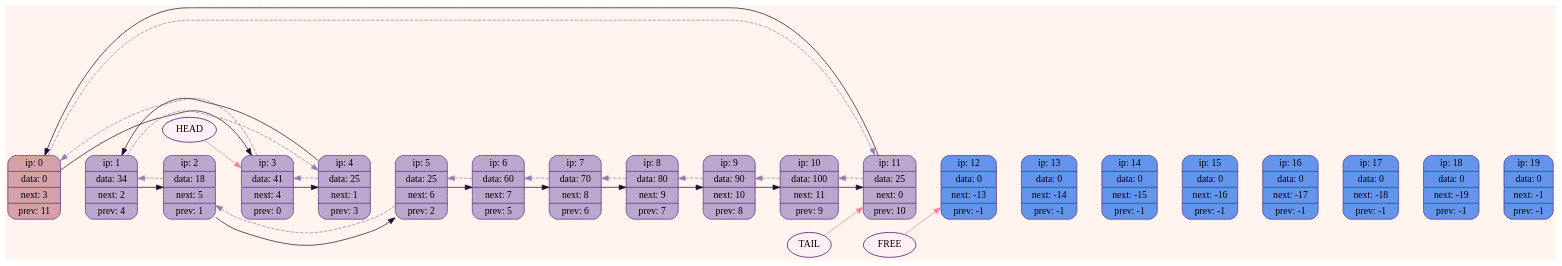
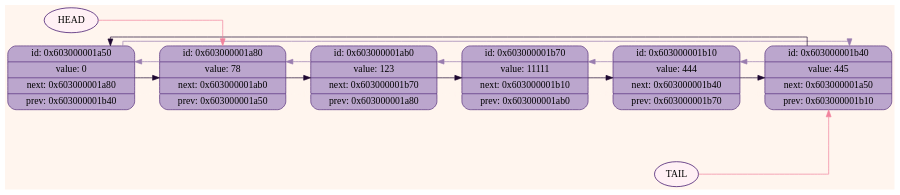
The diagram in grapth.dot (rorororom/list), drawn with Graphviz before and after one commit. The commit also changed 19 other files, not shown here.

```diff
--- a/grapth.dot
+++ b/grapth.dot
@@ -1,62 +1,37 @@
 digraph structs {
 	rankdir=LR;
 	graph [bgcolor="#fff5ee"]
 	node[color="#b02f15",fontsize=14];
-slipnes = ortho
+splines = ortho;
 	edge[fontsize=22];
 
 
-0 [shape=record, style="filled,rounded",                            color="#552d7b", fillcolor="#d5a1a7",                            fontsize=14, label="                                                ip:   0 |                                                data: 0 |                                                next: 3 |                                                prev: 11" ];
-1 [shape=record, style="filled,rounded",                            color="#552d7b", fillcolor="#bba6cd",                            fontsize=14, label="                                                ip:   1 |                                                data: 34 |                                                next: 2 |                                                prev: 4" ];
-2 [shape=record, style="filled,rounded",                            color="#552d7b", fillcolor="#bba6cd",                            fontsize=14, label="                                                ip:   2 |                                                data: 18 |                                                next: 5 |                                                prev: 1" ];
-3 [shape=record, style="filled,rounded",                            color="#552d7b", fillcolor="#bba6cd",                            fontsize=14, label="                                                ip:   3 |                                                data: 41 |                                                next: 4 |                                                prev: 0" ];
-4 [shape=record, style="filled,rounded",                            color="#552d7b", fillcolor="#bba6cd",                            fontsize=14, label="                                                ip:   4 |                                                data: 25 |                                                next: 1 |                                                prev: 3" ];
-5 [shape=record, style="filled,rounded",                            color="#552d7b", fillcolor="#bba6cd",                            fontsize=14, label="                                                ip:   5 |                                                data: 25 |                                                next: 6 |                                                prev: 2" ];
-6 [shape=record, style="filled,rounded",                            color="#552d7b", fillcolor="#bba6cd",                            fontsize=14, label="                                                ip:   6 |                                                data: 60 |                                                next: 7 |                                                prev: 5" ];
-7 [shape=record, style="filled,rounded",                            color="#552d7b", fillcolor="#bba6cd",                            fontsize=14, label="                                                ip:   7 |                                                data: 70 |                                                next: 8 |                                                prev: 6" ];
-8 [shape=record, style="filled,rounded",                            color="#552d7b", fillcolor="#bba6cd",                            fontsize=14, label="                                                ip:   8 |                                                data: 80 |                                                next: 9 |                                                prev: 7" ];
-9 [shape=record, style="filled,rounded",                            color="#552d7b", fillcolor="#bba6cd",                            fontsize=14, label="                                                ip:   9 |                                                data: 90 |                                                next: 10 |                                                prev: 8" ];
-10 [shape=record, style="filled,rounded",                            color="#552d7b", fillcolor="#bba6cd",                            fontsize=14, label="                                                ip:   10 |                                                data: 100 |                                                next: 11 |                                                prev: 9" ];
-11 [shape=record, style="filled,rounded",                            color="#552d7b", fillcolor="#bba6cd",                            fontsize=14, label="                                                ip:   11 |                                                data: 25 |                                                next: 0 |                                                prev: 10" ];
-12 [shape=record, style="filled,rounded",                            color="#552d7b", fillcolor="#6495ed",                            fontsize=14, label="                                                ip:   12 |                                                data: 0 |                                                next: -13 |                                                prev: -1" ];
-13 [shape=record, style="filled,rounded",                            color="#552d7b", fillcolor="#6495ed",                            fontsize=14, label="                                                ip:   13 |                                                data: 0 |                                                next: -14 |                                                prev: -1" ];
-14 [shape=record, style="filled,rounded",                            color="#552d7b", fillcolor="#6495ed",                            fontsize=14, label="                                                ip:   14 |                                                data: 0 |                                                next: -15 |                                                prev: -1" ];
-15 [shape=record, style="filled,rounded",                            color="#552d7b", fillcolor="#6495ed",                            fontsize=14, label="                                                ip:   15 |                                                data: 0 |                                                next: -16 |                                                prev: -1" ];
-16 [shape=record, style="filled,rounded",                            color="#552d7b", fillcolor="#6495ed",                            fontsize=14, label="                                                ip:   16 |                                                data: 0 |                                                next: -17 |                                                prev: -1" ];
-17 [shape=record, style="filled,rounded",                            color="#552d7b", fillcolor="#6495ed",                            fontsize=14, label="                                                ip:   17 |                                                data: 0 |                                                next: -18 |                                                prev: -1" ];
-18 [shape=record, style="filled,rounded",                            color="#552d7b", fillcolor="#6495ed",                            fontsize=14, label="                                                ip:   18 |                                                data: 0 |                                                next: -19 |                                                prev: -1" ];
-19 [shape=record, style="filled,rounded",                            color="#552d7b", fillcolor="#6495ed",                            fontsize=14, label="                                                ip:   19 |                                                data: 0 |                                                next: -1 |                                                prev: -1" ];
-
-	0->1->2->3->4->5->6->7->8->9->10->11->12->13->14->15->16->17->18->19[weight = 1000000, color = "#fff5ee"];
-	0->3[color = "#1f0932", slipnes = ortho, constraint=false];
-	1->2[color = "#1f0932", slipnes = ortho, constraint=false];
-	2->5[color = "#1f0932", slipnes = ortho, constraint=false];
-	3->4[color = "#1f0932", slipnes = ortho, constraint=false];
-	4->1[color = "#1f0932", slipnes = ortho, constraint=false];
-	5->6[color = "#1f0932", slipnes = ortho, constraint=false];
-	6->7[color = "#1f0932", slipnes = ortho, constraint=false];
-	7->8[color = "#1f0932", slipnes = ortho, constraint=false];
-	8->9[color = "#1f0932", slipnes = ortho, constraint=false];
-	9->10[color = "#1f0932", slipnes = ortho, constraint=false];
-	10->11[color = "#1f0932", slipnes = ortho, constraint=false];
-	11->0[color = "#1f0932", slipnes = ortho, constraint=false];
-	 0 -> 11[style = dashed, color = "#997caf", slipnes = ortho];
-	 1 -> 4[style = dashed, color = "#997caf", slipnes = ortho];
-	 2 -> 1[style = dashed, color = "#997caf", slipnes = ortho];
-	 3 -> 0[style = dashed, color = "#997caf", slipnes = ortho];
-	 4 -> 3[style = dashed, color = "#997caf", slipnes = ortho];
-	 5 -> 2[style = dashed, color = "#997caf", slipnes = ortho];
-	 6 -> 5[style = dashed, color = "#997caf", slipnes = ortho];
-	 7 -> 6[style = dashed, color = "#997caf", slipnes = ortho];
-	 8 -> 7[style = dashed, color = "#997caf", slipnes = ortho];
-	 9 -> 8[style = dashed, color = "#997caf", slipnes = ortho];
-	 10 -> 9[style = dashed, color = "#997caf", slipnes = ortho];
-	 11 -> 10[style = dashed, color = "#997caf", slipnes = ortho];
+6736[shape=Mrecord, style=filled, fillcolor="#bba6cd",label=" id: 0x603000001a50 |value: 0  |<f0> next: 0x603000001a80 |<f1> prev: 0x603000001b40 ",color = "#552d7b"];
+6736 -> 6784[weight = 1000000, color = "#fff5ee"];
+6784[shape=Mrecord, style=filled, fillcolor="#bba6cd",label=" id: 0x603000001a80 |value: 78  |<f0> next: 0x603000001ab0 |<f1> prev: 0x603000001a50 ",color = "#552d7b"];
+6784 -> 6832[weight = 1000000, color = "#fff5ee"];
+6832[shape=Mrecord, style=filled, fillcolor="#bba6cd",label=" id: 0x603000001ab0 |value: 123  |<f0> next: 0x603000001b70 |<f1> prev: 0x603000001a80 ",color = "#552d7b"];
+6832 -> 7024[weight = 1000000, color = "#fff5ee"];
+7024[shape=Mrecord, style=filled, fillcolor="#bba6cd",label=" id: 0x603000001b70 |value: 11111  |<f0> next: 0x603000001b10 |<f1> prev: 0x603000001ab0 ",color = "#552d7b"];
+7024 -> 6928[weight = 1000000, color = "#fff5ee"];
+6928[shape=Mrecord, style=filled, fillcolor="#bba6cd",label=" id: 0x603000001b10 |value: 444  |<f0> next: 0x603000001b40 |<f1> prev: 0x603000001b70 ",color = "#552d7b"];
+6928 -> 6976[weight = 1000000, color = "#fff5ee"];
+6976[shape=Mrecord, style=filled, fillcolor="#bba6cd",label=" id: 0x603000001b40 |value: 445  |<f0> next: 0x603000001a50 |<f1> prev: 0x603000001b10 ",color = "#552d7b"];
+	6736->6784[color = "#1f0932", slipnes = ortho];
+	6784->6832[color = "#1f0932", slipnes = ortho];
+	6832->7024[color = "#1f0932", slipnes = ortho];
+	7024->6928[color = "#1f0932", slipnes = ortho];
+	6928->6976[color = "#1f0932", slipnes = ortho];
+	6976->6736[color = "#1f0932", slipnes = ortho];
+	6736->6976[color = "#997caf", slipnes = ortho];
+	6976->6928[color = "#997caf", slipnes = ortho];
+	6928->7024[color = "#997caf", slipnes = ortho];
+	7024->6832[color = "#997caf", slipnes = ortho];
+	6832->6784[color = "#997caf", slipnes = ortho];
+	6784->6736[color = "#997caf", slipnes = ortho];
 	head [shape=oval, style=filled, color="#310062", fillcolor="#fff0f5", label="HEAD" ];
 	tail [shape=oval, style=filled, color="#310062", fillcolor="#fff0f5", label="TAIL" ];
-	free [shape=oval, style=filled, color="#310062", fillcolor="#fff0f5", label="FREE" ];
-	head->3[color = "#f1829d"];
-	tail->11[color = "#f1829d"];
-	free->12[color = "#f1829d"];
+	head->6784[color = "#f1829d"];
+	tail->6976[color = "#f1829d"];
 
 }
```
